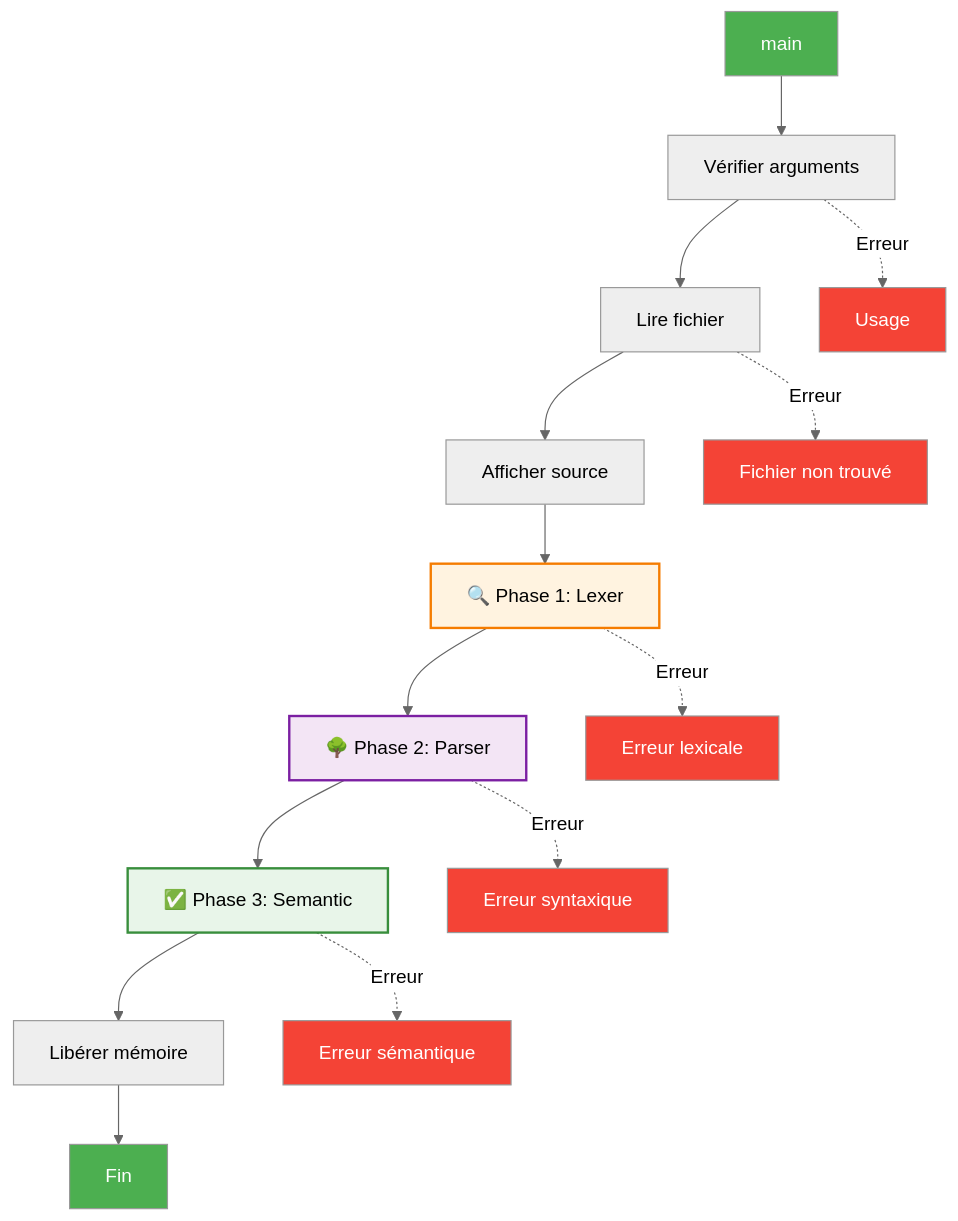
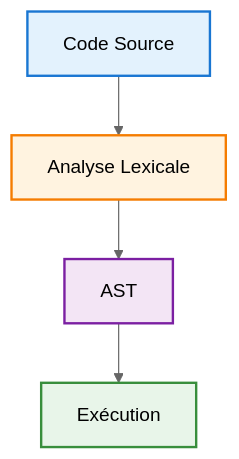
The fifth of 6 diagrams in ARCHITECTURE.md (Yahia995/galant-compiler), drawn with Mermaid (neutral theme) before and after one commit. The commit also changed other lines of this file, not shown here.

````diff
--- a/ARCHITECTURE.md
+++ b/ARCHITECTURE.md
@@ -685,29 +980,11 @@
 ```mermaid
 graph TD
-    A[main] --> B[Vérifier arguments]
-    B --> C[Lire fichier]
-    C --> D[Afficher source]
-    D --> E["🔍 Phase 1: Lexer"]
-    E --> F["🌳 Phase 2: Parser"]
-    F --> G["✅ Phase 3: Semantic"]
-    G --> H[Libérer mémoire]
-    H --> I[Fin]
+    A["Code Source"] --> B["Analyse Lexicale"]
+    B --> C["AST"]
+    C --> D["Exécution"]
     
-    B -.->|Erreur| J[Usage]
-    C -.->|Erreur| K[Fichier non trouvé]
-    E -.->|Erreur| L[Erreur lexicale]
-    F -.->|Erreur| M[Erreur syntaxique]
-    G -.->|Erreur| N[Erreur sémantique]
-    
-    style A fill:#4caf50,color:#fff
-    style E fill:#fff3e0,stroke:#f57c00,stroke-width:2px
-    style F fill:#f3e5f5,stroke:#7b1fa2,stroke-width:2px
-    style G fill:#e8f5e9,stroke:#388e3c,stroke-width:2px
-    style I fill:#4caf50,color:#fff
-    
-    style J fill:#f44336,color:#fff
-    style K fill:#f44336,color:#fff
-    style L fill:#f44336,color:#fff
-    style M fill:#f44336,color:#fff
-    style N fill:#f44336,color:#fff
+    style A fill:#e3f2fd,stroke:#1976d2,stroke-width:2px,color:#000000
+    style B fill:#fff3e0,stroke:#f57c00,stroke-width:2px,color:#000000
+    style C fill:#f3e5f5,stroke:#7b1fa2,stroke-width:2px,color:#000000
+    style D fill:#e8f5e9,stroke:#388e3c,stroke-width:2px,color:#000000
 ```
````
